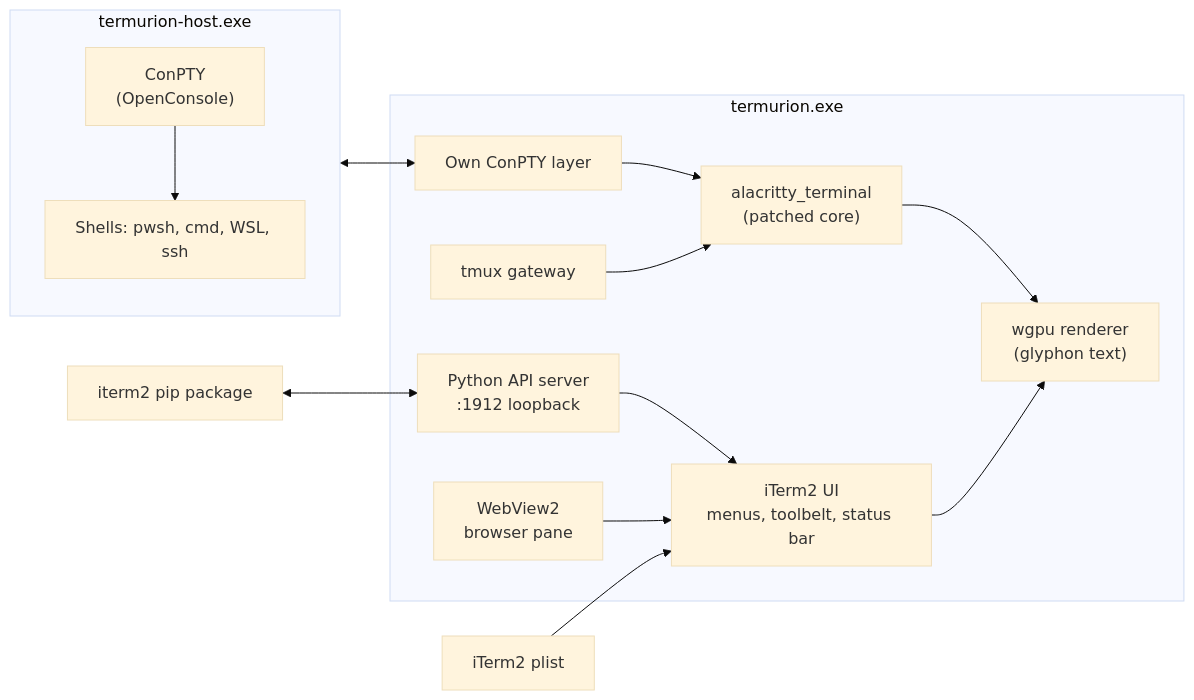
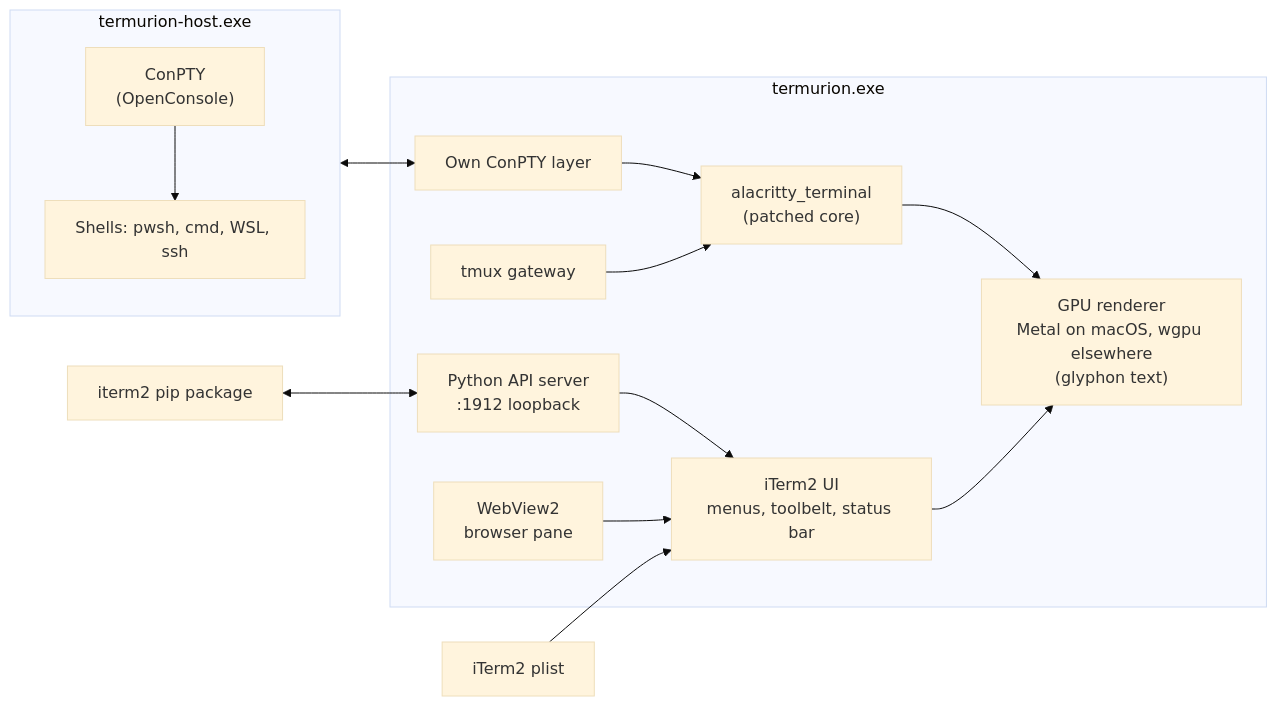
One commit to datbird/termurion changed the diagram in README.md. Above: the diagram before and after it, drawn with Mermaid (base theme). The commit also changed other lines of this file and 9 other files, not shown here.

````diff
--- a/README.md
+++ b/README.md
@@ -194,17 +218,17 @@
 ```mermaid
 flowchart LR
     subgraph Host["termurion-host.exe"]
         CP["ConPTY<br/>(OpenConsole)"] --> SH["Shells: pwsh, cmd, WSL, ssh"]
     end
     subgraph App["termurion.exe"]
         PTY["Own ConPTY layer"] --> EMU["alacritty_terminal<br/>(patched core)"]
-        EMU --> R["wgpu renderer<br/>(glyphon text)"]
+        EMU --> R["GPU renderer<br/>Metal on macOS, wgpu elsewhere<br/>(glyphon text)"]
         UI["iTerm2 UI<br/>menus, toolbelt, status bar"] --> R
         TMUX["tmux gateway"] --> EMU
         API["Python API server<br/>:1912 loopback"] --> UI
         WV["WebView2<br/>browser pane"] --> UI
     end
     Host <--> PTY
     PL["iTerm2 plist"] --> UI
     Scripts["iterm2 pip package"] <--> API
 ```
````
